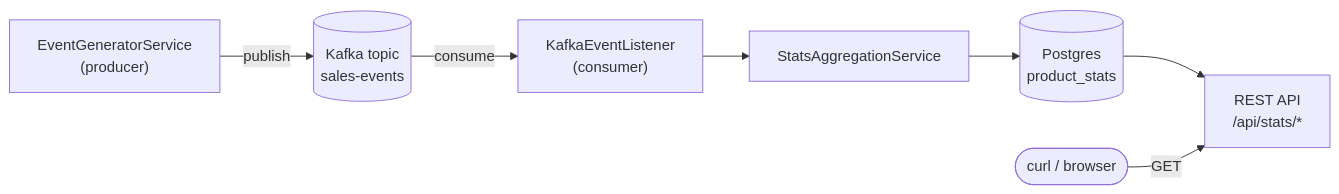
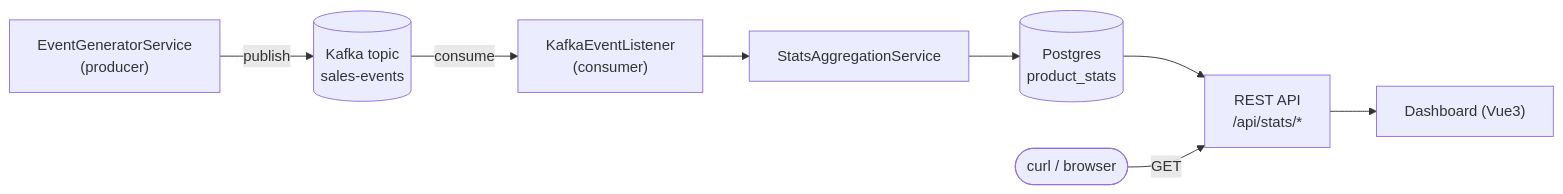
One commit to reda-ous/retail-analytics-pipeline changed the diagram in README.md. Above: the diagram before and after it, drawn with Mermaid. The commit also changed other lines of this file and 13 other files, not shown here.

First line of the commit message:
Add Vue3 dashboard (optional live-stats UI)

````diff
--- a/README.md
+++ b/README.md
@@ -14,9 +15,10 @@
 ```mermaid
 flowchart LR
     EG["EventGeneratorService<br/>(producer)"] -->|publish| T[("Kafka topic<br/>sales-events")]
     T -->|consume| KL["KafkaEventListener<br/>(consumer)"]
     KL --> AGG["StatsAggregationService"]
     AGG --> DB[("Postgres<br/>product_stats")]
     DB --> API["REST API<br/>/api/stats/*"]
     Client(["curl / browser"]) -->|GET| API
+    API --> Dash["Dashboard (Vue3)"]
 ```
````
